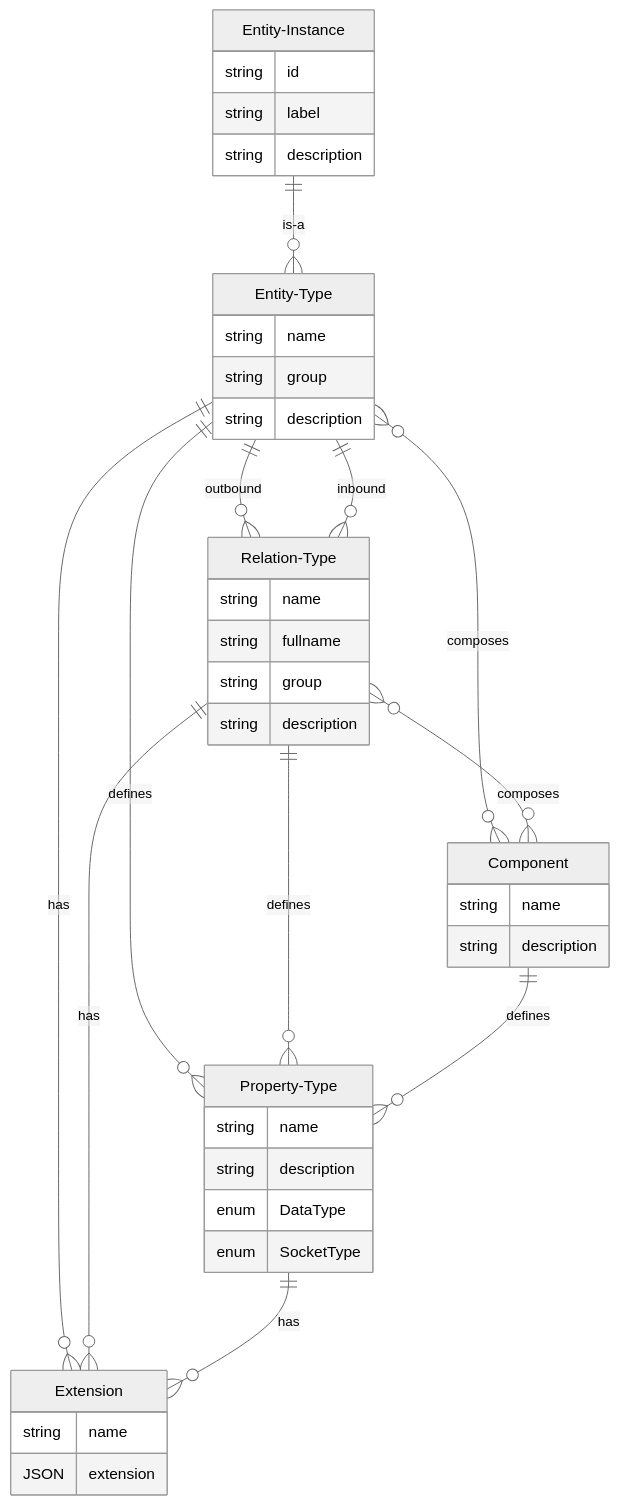
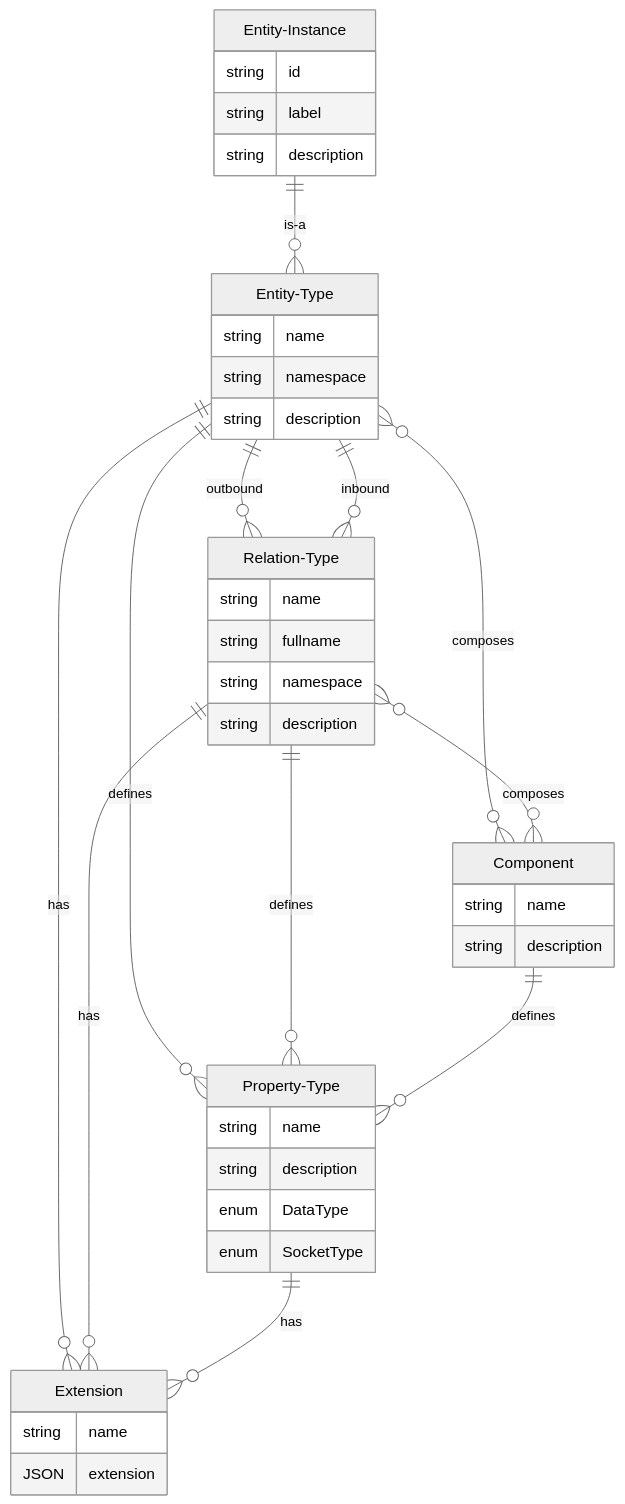
One commit to reactive-graph/reactive-graph changed the diagram in docs/inexor-rgf/src/Model_Entity_Type.md. Above: the diagram before and after it, drawn with Mermaid (neutral theme). The commit also changed other lines of this file and 108 other files, not shown here.

Commit message:
Documentation for the dynamic graph

````diff
--- a/docs/inexor-rgf/src/Model_Entity_Type.md
+++ b/docs/inexor-rgf/src/Model_Entity_Type.md
@@ -19,44 +19,44 @@
 ```mermaid
 erDiagram
     Entity-Type {
         string name
-        string group
+        string namespace
         string description
     }
     Entity-Instance {
         string id
         string label
         string description
     }
     Extension {
         string name
         JSON extension
     }
     Component {
         string name
         string description
     }
     Property-Type {
         string name
         string description
         enum DataType
         enum SocketType
     }
     Relation-Type {
         string name
         string fullname
-        string group
+        string namespace
         string description
     }
     Entity-Type o{--}o Component : composes
     Entity-Type ||--}o Property-Type : defines
     Relation-Type ||--}o Property-Type : defines
     Component ||--}o Property-Type : defines
     Entity-Type ||--}o Relation-Type : outbound
     Entity-Type ||--}o Relation-Type : inbound
     Relation-Type o{--}o Component : composes
     Entity-Type ||--}o Extension : has
     Relation-Type ||--}o Extension : has
     Property-Type ||--}o Extension : has
     Entity-Instance ||--}o Entity-Type : is-a
 ```
````
